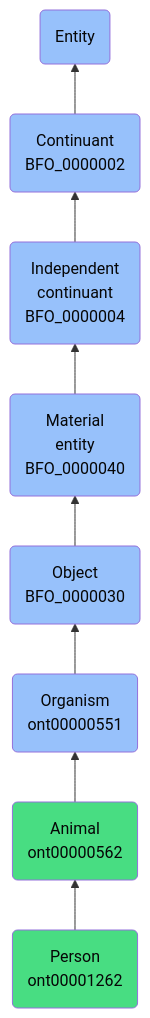
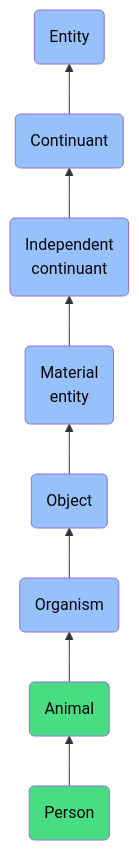
The diagram in docs/ontology/reference/model/Entity/Continuant/Independent continuant/Material entity/Object/Organism/Animal/Person/Person.md (jupyter-naas/abi), drawn with Mermaid before and after one commit. The commit also changed other lines of this file and 1430 other files, not shown here.

````diff
--- a/docs/ontology/reference/model/Entity/Continuant/Independent continuant/Material entity/Object/Organism/Animal/Person/Person.md
+++ b/docs/ontology/reference/model/Entity/Continuant/Independent continuant/Material entity/Object/Organism/Animal/Person/Person.md
@@ -24,15 +24,15 @@
 ```mermaid
 graph BT
-    ont00001262(Person<br>ont00001262):::ABI-->ont00000562
-    ont00000562(Animal<br>ont00000562):::ABI-->ont00000551
-    ont00000551(Organism<br>ont00000551):::BFO-->BFO_0000030
-    BFO_0000030(Object<br>BFO_0000030):::BFO-->BFO_0000040
-    BFO_0000040(Material<br>entity<br>BFO_0000040):::BFO-->BFO_0000004
-    BFO_0000004(Independent<br>continuant<br>BFO_0000004):::BFO-->BFO_0000002
-    BFO_0000002(Continuant<br>BFO_0000002):::BFO-->BFO_0000001
+    ont00001262(Person):::ABI-->ont00000562
+    ont00000562(Animal):::ABI-->ont00000551
+    ont00000551(Organism):::BFO-->BFO_0000030
+    BFO_0000030(Object):::BFO-->BFO_0000040
+    BFO_0000040(Material<br>entity):::BFO-->BFO_0000004
+    BFO_0000004(Independent<br>continuant):::BFO-->BFO_0000002
+    BFO_0000002(Continuant):::BFO-->BFO_0000001
     BFO_0000001(Entity):::BFO
     
     classDef BFO fill:#97c1fb,color:#060606
     classDef CCO fill:#e4c51e,color:#060606
     classDef ABI fill:#48DD82,color:#060606
 ```
````
